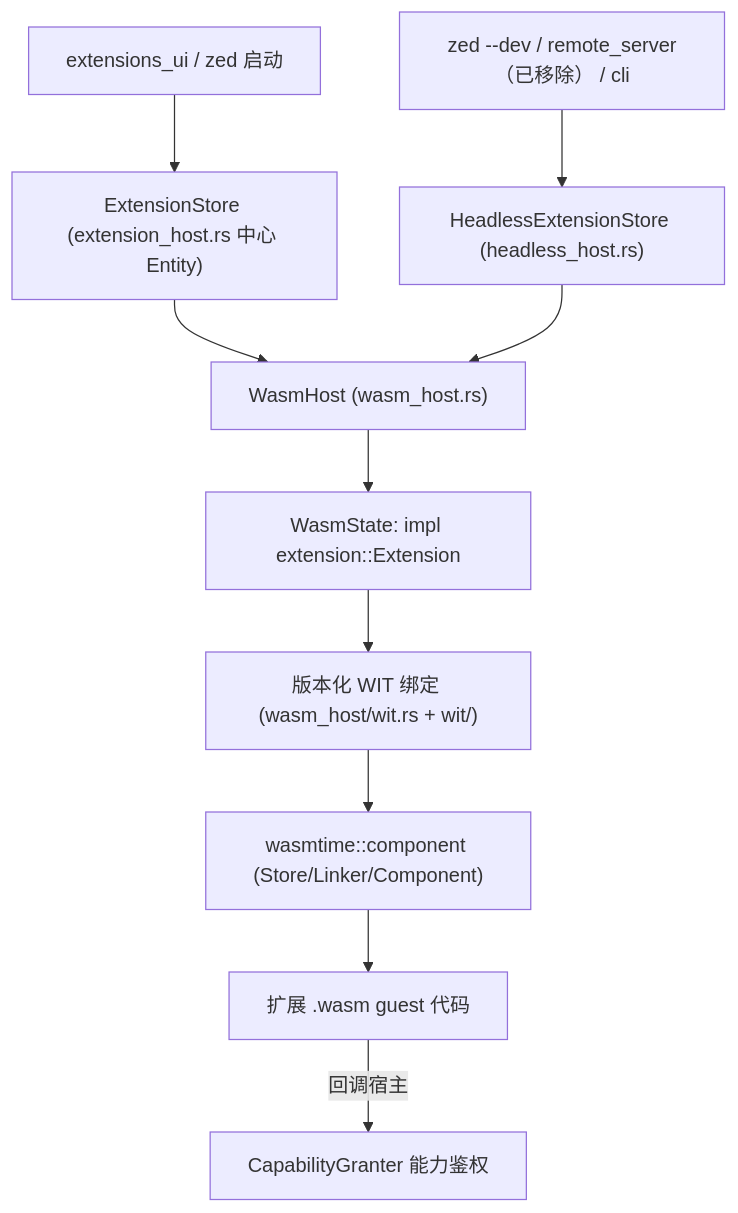
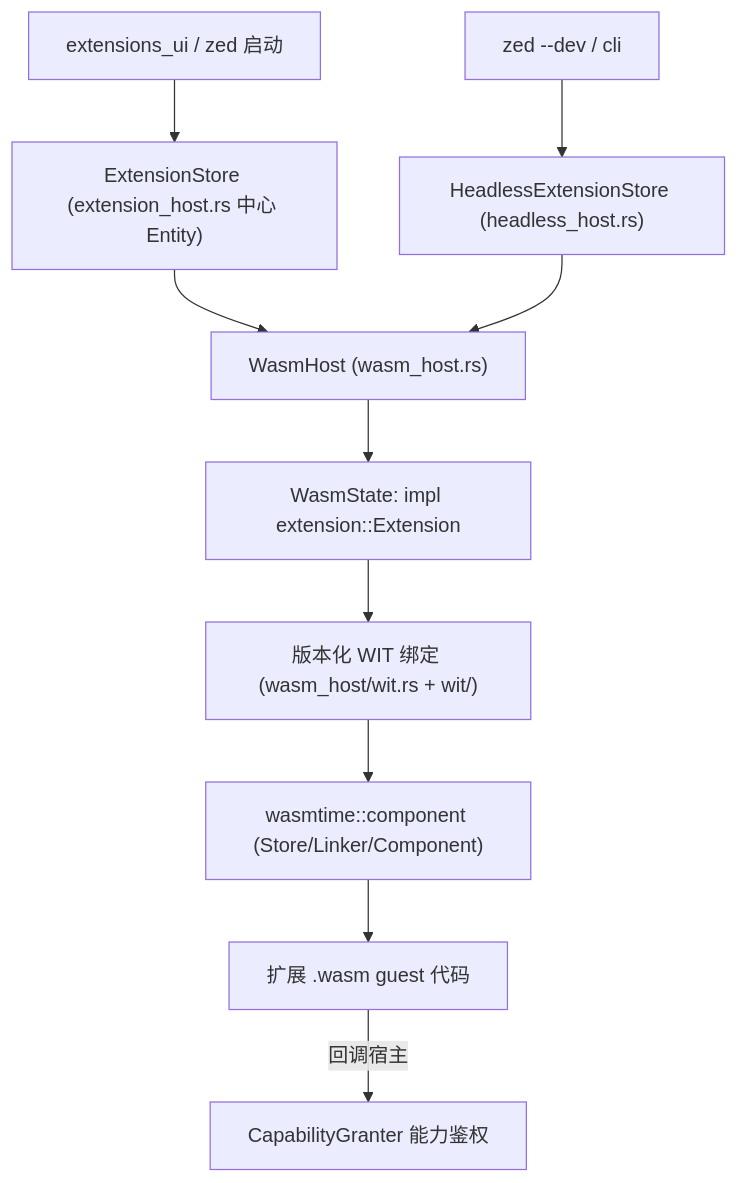
The first of 2 diagrams in wiki/Extension-Host-Deep-Dive.md (rzhangjing/zed), drawn with Mermaid before and after one commit. The commit also changed other lines of this file and 206 other files, not shown here.

````diff
--- a/wiki/Extension-Host-Deep-Dive.md
+++ b/wiki/Extension-Host-Deep-Dive.md
@@ -9,12 +9,12 @@
 ```mermaid
 graph TB
     UI[extensions_ui / zed 启动] --> STORE["ExtensionStore (extension_host.rs 中心 Entity)"]
     STORE --> HOST["WasmHost (wasm_host.rs)"]
     HOST --> STATE["WasmState: impl extension::Extension"]
     STATE --> WIT["版本化 WIT 绑定 (wasm_host/wit.rs + wit/)"]
     WIT --> WT["wasmtime::component (Store/Linker/Component)"]
     WT --> GUEST["扩展 .wasm guest 代码"]
     GUEST -->|回调宿主| CAP["CapabilityGranter 能力鉴权"]
-    HEAD["zed --dev / remote_server（已移除） / cli"] --> HL["HeadlessExtensionStore (headless_host.rs)"]
+    HEAD["zed --dev / cli"] --> HL["HeadlessExtensionStore (headless_host.rs)"]
     HL --> HOST
 ```
````
